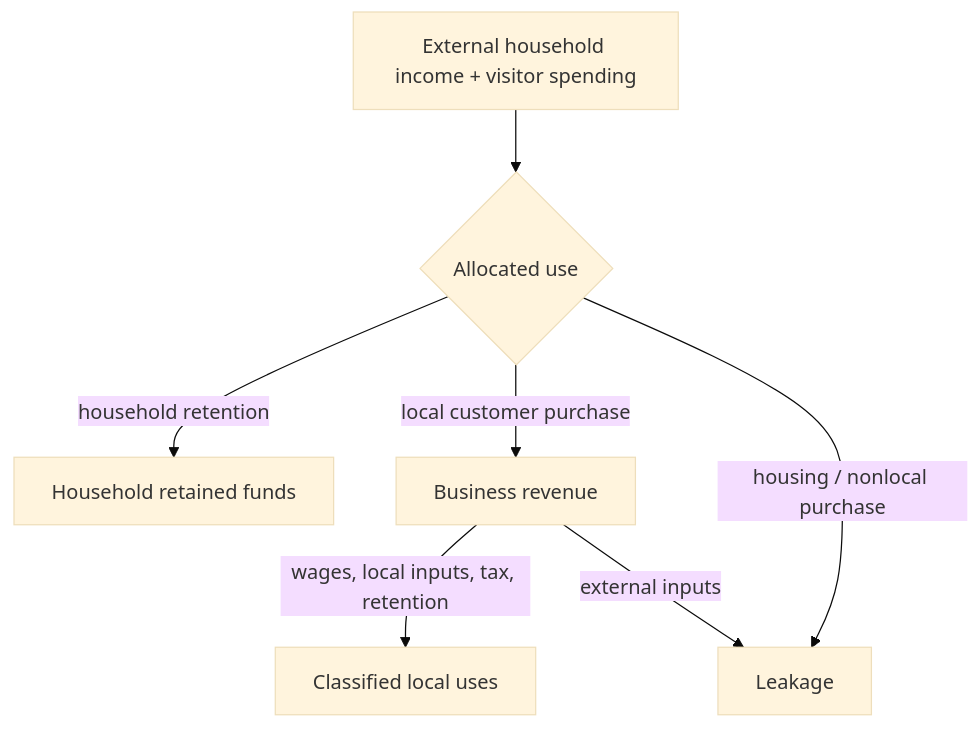
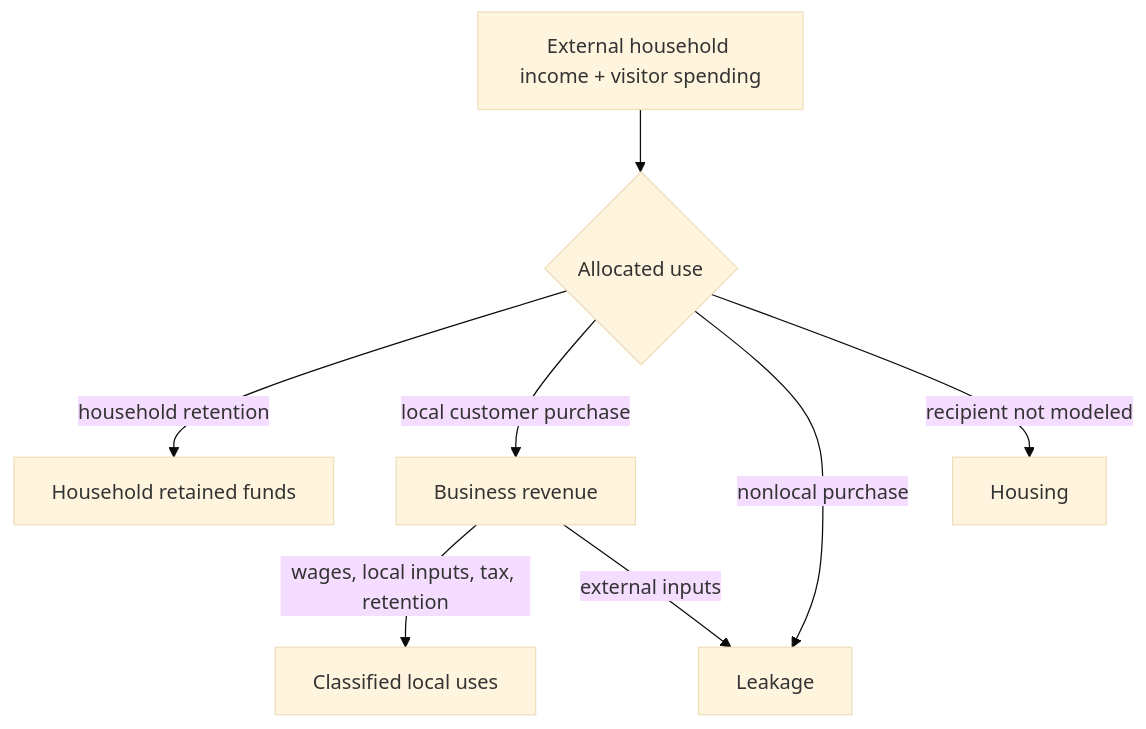
The diagram in book/chapter-02.md (Garcia-Systems/regional-economy-lab), drawn with Mermaid (base theme) before and after one commit. The commit also changed other lines of this file and 20 other files, not shown here.

````diff
--- a/book/chapter-02.md
+++ b/book/chapter-02.md
@@ -9,9 +11,10 @@
 ```mermaid
 flowchart TD
   Inflows[External household income + visitor spending] --> Choice{Allocated use}
   Choice -->|household retention| HRetained[Household retained funds]
   Choice -->|local customer purchase| Revenue[Business revenue]
-  Choice -->|housing / nonlocal purchase| Leakage
+  Choice -->|nonlocal purchase| Leakage
+  Choice -->|recipient not modeled| Housing
   Revenue -->|wages, local inputs, tax, retention| LocalUses[Classified local uses]
   Revenue -->|external inputs| Leakage
 ```
````
